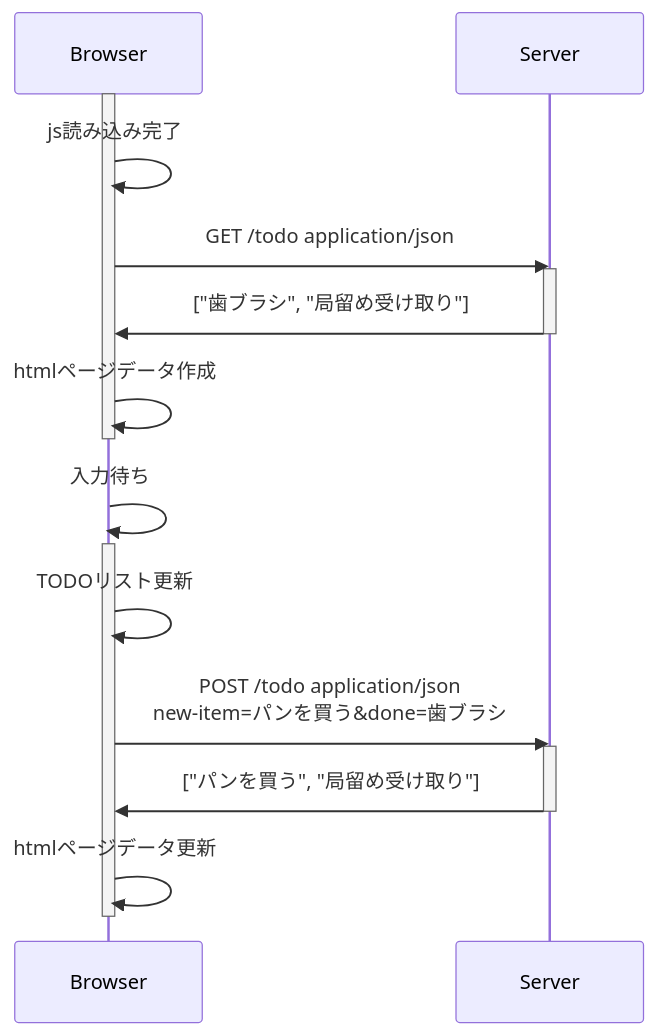
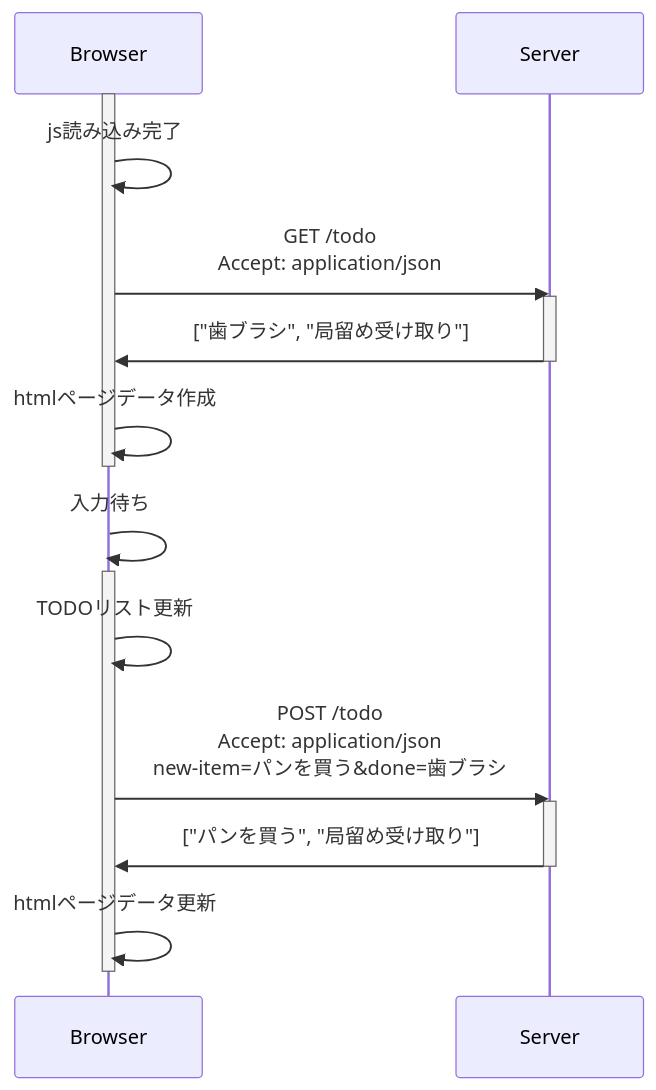
Before and after one commit to oc-soft/eg-http-python: the diagram in docroot/spec/ui-js-1/render-html-js-seq-1.mermaid, drawn with Mermaid. The commit also changed 3 other files, not shown here.

Commit message:
I had server flow to respone json format.

```diff
--- a/docroot/spec/ui-js-1/render-html-js-seq-1.mermaid
+++ b/docroot/spec/ui-js-1/render-html-js-seq-1.mermaid
@@ -1,29 +1,29 @@
 
 sequenceDiagram
     participant Browser 
     participant Server
     activate Browser
     Browser->>Browser: js読み込み完了
 
-    Browser->>Server: GET /todo application/json
+    Browser->>Server: GET /todo <br />Accept: application/json
     activate Server
     Server->>Browser: ["歯ブラシ", "局留め受け取り"]
     deactivate Server
 
     Browser->>Browser: htmlページデータ作成
     deactivate Browser
     
 
     Browser->>Browser: 入力待ち
 
 
     activate Browser
     Browser->>Browser: TODOリスト更新
-    Browser->>Server: POST /todo application/json <br /> new-item=パンを買う&done=歯ブラシ
+    Browser->>Server: POST /todo <br />Accept: application/json <br /> new-item=パンを買う&done=歯ブラシ
 
     activate Server
     Server->>Browser: ["パンを買う", "局留め受け取り"]
     deactivate Server
 
     Browser->>Browser: htmlページデータ更新
     deactivate Browser
```
